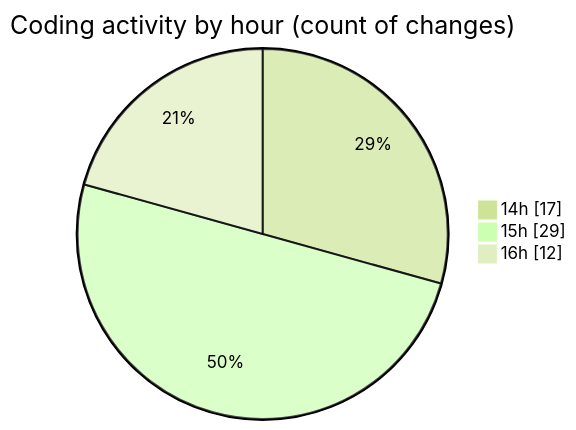
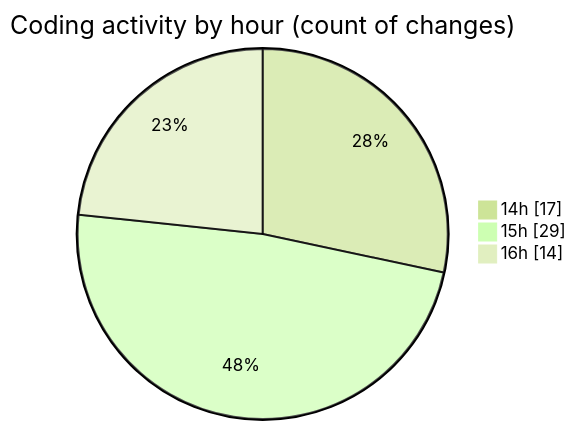
One commit to donsfak/code-tracking changed the second of 2 diagrams in 2025-04-10/trackers_app/README.md. Above: the diagram before and after it, drawn with Mermaid (forest theme). The commit also changed other lines of this file and 1 other file, not shown here.

````diff
--- a/2025-04-10/trackers_app/README.md
+++ b/2025-04-10/trackers_app/README.md
@@ -46,7 +46,7 @@
 ```mermaid
 pie showData
 title Coding activity by hour (count of changes)
 "14h" : 17
 "15h" : 29
-"16h" : 12
+"16h" : 14
 ```
````
